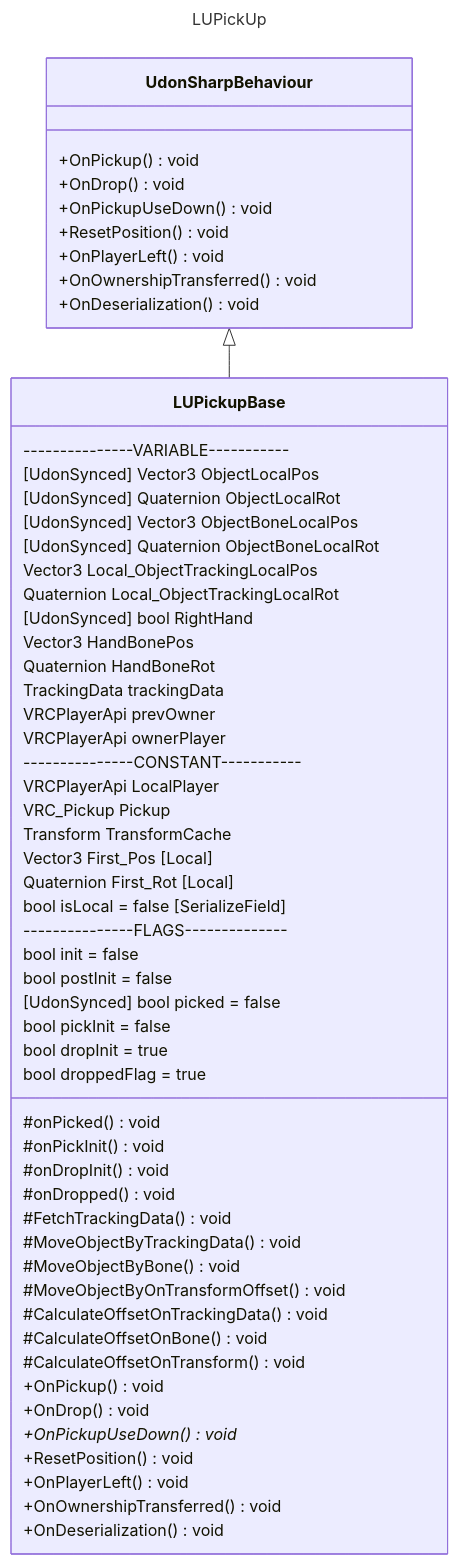
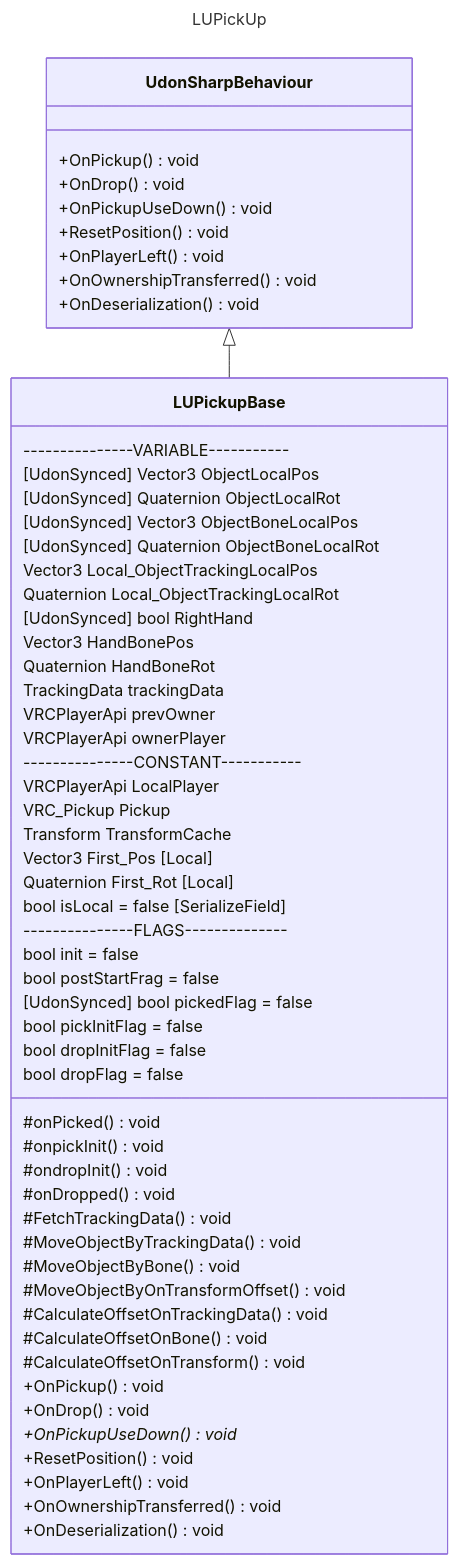
One commit to frou01/VRC_PublicPackages changed the third of 3 diagrams in Packages/com.frou01.lupick/Runtime/Script/LUPick_UML.md. Above: the diagram before and after it, drawn with Mermaid. The commit also changed other lines of this file and 2 other files, not shown here.

````diff
--- a/Packages/com.frou01.lupick/Runtime/Script/LUPick_UML.md
+++ b/Packages/com.frou01.lupick/Runtime/Script/LUPick_UML.md
@@ -110,69 +110,69 @@
 ```mermaid
 ---
 title: LUPickUp
 ---
 
 classDiagram
   
   UdonSharpBehaviour <|-- LUPickupBase
   class UdonSharpBehaviour{
 		+OnPickup() void
 		+OnDrop() void
 		+OnPickupUseDown() void
 		+ResetPosition() void
 		+OnPlayerLeft() void
 		+OnOwnershipTransferred() void
 		+OnDeserialization() void
   }
   class LUPickupBase {
 		---------------VARIABLE-----------
 		[UdonSynced] Vector3 ObjectLocalPos
 		[UdonSynced] Quaternion ObjectLocalRot
 		[UdonSynced] Vector3 ObjectBoneLocalPos 
 		[UdonSynced] Quaternion ObjectBoneLocalRot
 		Vector3 Local_ObjectTrackingLocalPos
     	Quaternion Local_ObjectTrackingLocalRot
 		[UdonSynced] bool RightHand
 		Vector3 HandBonePos
 		Quaternion HandBoneRot
 		TrackingData trackingData
 		VRCPlayerApi prevOwner
     	VRCPlayerApi ownerPlayer
 		---------------CONSTANT-----------
     	VRCPlayerApi LocalPlayer
 		VRC_Pickup Pickup
 		Transform TransformCache
 		Vector3 First_Pos [Local]
 		Quaternion First_Rot [Local]
 		bool isLocal = false [SerializeField]
 		---------------FLAGS--------------
 		bool init = false
-		bool postInit = false
-		[UdonSynced] bool picked = false
-		bool pickInit = false
-		bool dropInit = true
-		bool droppedFlag = true
+		bool postStartFrag = false
+		[UdonSynced] bool pickedFlag = false
+		bool pickInitFlag = false
+		bool dropInitFlag = false
+		bool dropFlag = false
 
 		#onPicked() void
-		#onPickInit() void
-		#onDropInit() void
+		#onpickInit() void
+		#ondropInit() void
 		#onDropped() void
 		#FetchTrackingData() void
 		#MoveObjectByTrackingData() void
 		#MoveObjectByBone() void
 		#MoveObjectByOnTransformOffset() void
 		#CalculateOffsetOnTrackingData() void
 		#CalculateOffsetOnBone() void
 		#CalculateOffsetOnTransform() void
 		+OnPickup() void
 		+OnDrop() void
 		+OnPickupUseDown() void*
 		+ResetPosition() void
 		+OnPlayerLeft() void
 		+OnOwnershipTransferred() void
 		+OnDeserialization() void
 
   }
 
 
 ```
````
